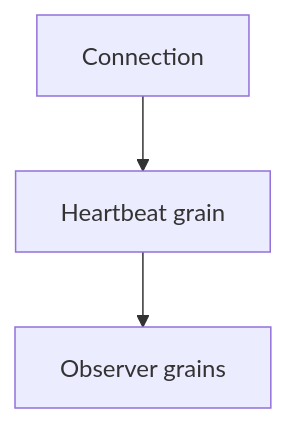
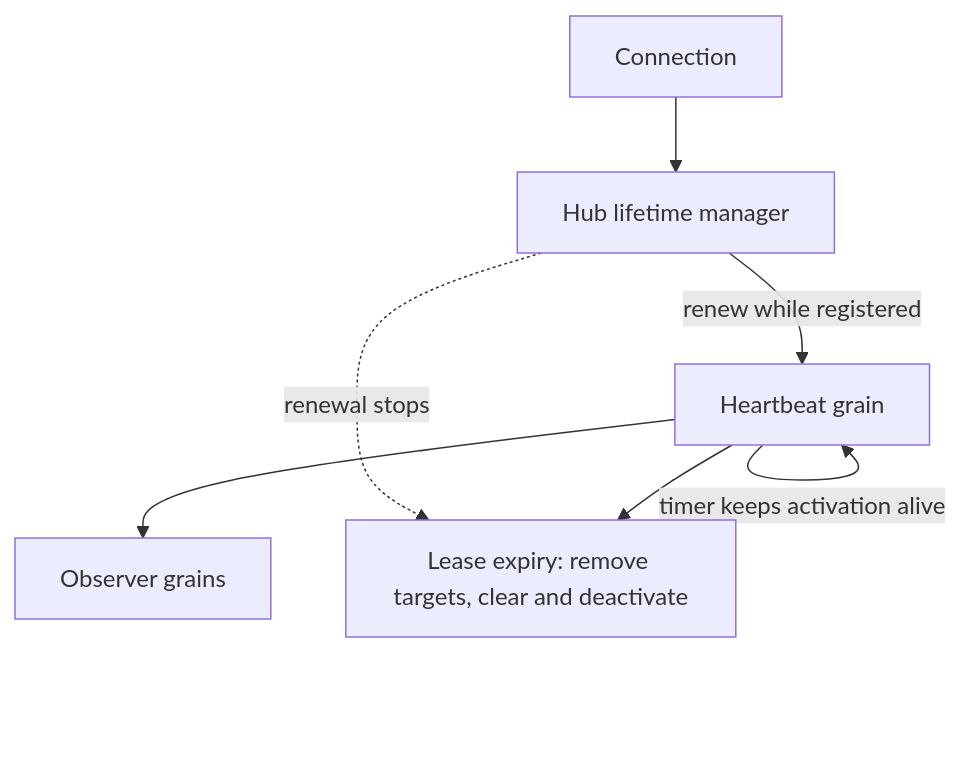
One commit to managedcode/Orleans.SignalR changed the diagram in docs/ADR/0005-connection-heartbeat-keepalive.md. Above: the diagram before and after it, drawn with Mermaid. The commit also changed other lines of this file and 43 other files, not shown here.

````diff
--- a/docs/ADR/0005-connection-heartbeat-keepalive.md
+++ b/docs/ADR/0005-connection-heartbeat-keepalive.md
@@ -22,8 +30,15 @@
 ```mermaid
 flowchart TD
   Conn["Connection"]
+  Host["Hub lifetime manager"]
   HB["Heartbeat grain"]
   Target["Observer grains"]
+  Expire["Lease expiry: remove targets, clear and deactivate"]
 
-  Conn --> HB --> Target
+  Conn --> Host
+  Host -->|"renew while registered"| HB
+  HB --> Target
+  HB -->|"timer keeps activation alive"| HB
+  Host -. "renewal stops" .-> Expire
+  HB --> Expire
 ```
````
